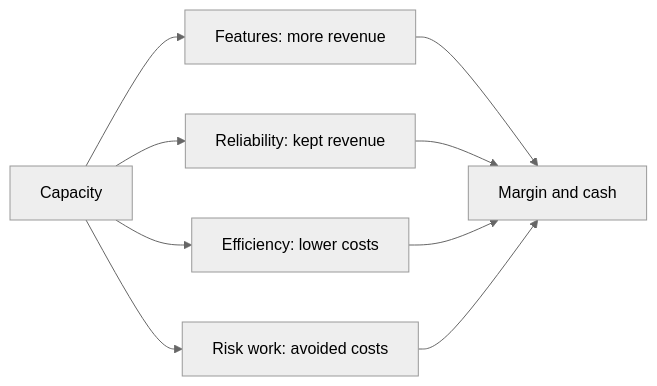
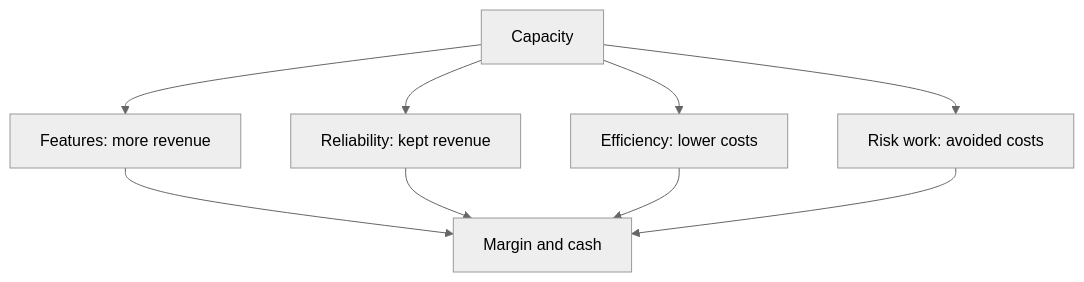
The first of 2 diagrams in docs/parts/10-business-leadership/45-business-models-and-engineering-economics.md (XayyamSadigov/engineering-leadership-book), drawn with Mermaid (neutral theme) before and after one commit. The commit also changed other lines of this file and 145 other files, not shown here.

````diff
--- a/docs/parts/10-business-leadership/45-business-models-and-engineering-economics.md
+++ b/docs/parts/10-business-leadership/45-business-models-and-engineering-economics.md
@@ -51,11 +54,11 @@
 ```mermaid
-flowchart LR
+flowchart TD
     CAP["Capacity"] --> FEAT["Features: more revenue"]
     CAP --> REL["Reliability: kept revenue"]
     CAP --> EFF["Efficiency: lower costs"]
     CAP --> RISK["Risk work: avoided costs"]
     FEAT --> MARGIN["Margin and cash"]
     REL --> MARGIN
     EFF --> MARGIN
     RISK --> MARGIN
 ```
````
